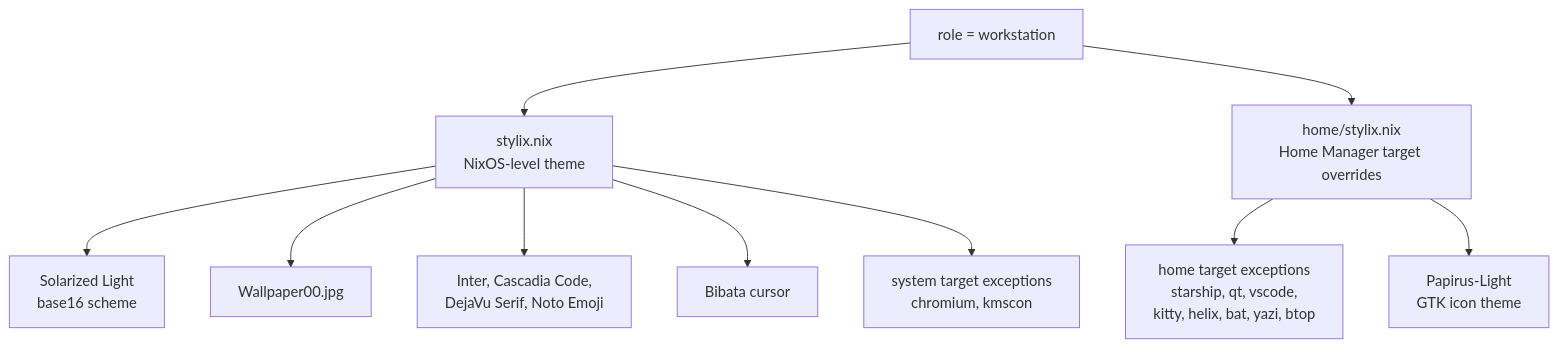
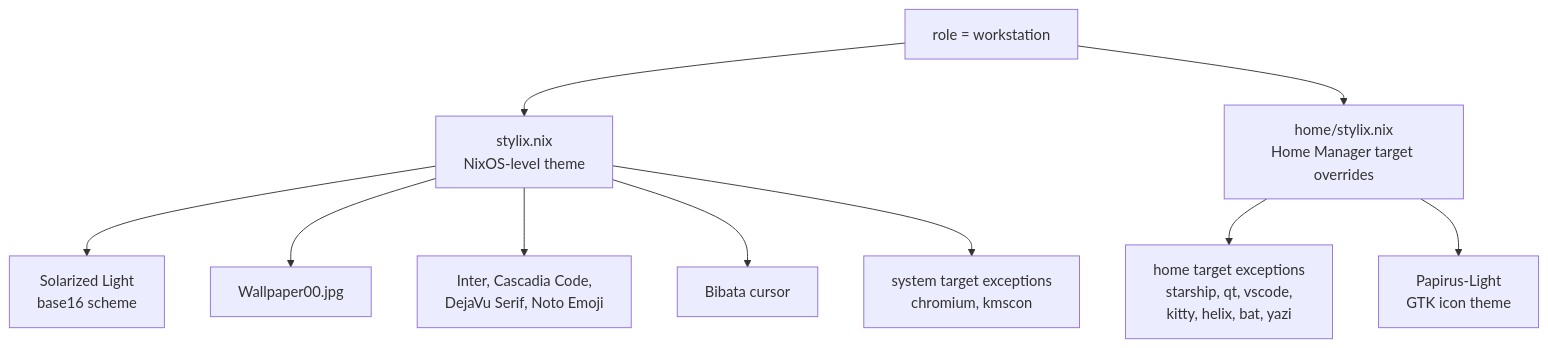
The seventh of 8 diagrams in docs/workstation-configuration-route.md (axler8r/nixotic), drawn with Mermaid before and after one commit. The commit also changed other lines of this file and 3 other files, not shown here.

````diff
--- a/docs/workstation-configuration-route.md
+++ b/docs/workstation-configuration-route.md
@@ -323,24 +323,24 @@
 ```mermaid
 flowchart TD
     WorkstationRole["role = workstation"]
     RootStylix["stylix.nix\nNixOS-level theme"]
     HomeStylix["home/stylix.nix\nHome Manager target overrides"]
 
     Scheme["Solarized Light\nbase16 scheme"]
     Wallpaper["Wallpaper00.jpg"]
     Fonts["Inter, Cascadia Code,\nDejaVu Serif, Noto Emoji"]
     Cursor["Bibata cursor"]
     DisabledSystemTargets["system target exceptions\nchromium, kmscon"]
-    DisabledHomeTargets["home target exceptions\nstarship, qt, vscode,\nkitty, helix, bat, yazi, btop"]
+    DisabledHomeTargets["home target exceptions\nstarship, qt, vscode,\nkitty, helix, bat, yazi"]
     Icons["Papirus-Light\nGTK icon theme"]
 
     WorkstationRole --> RootStylix
     WorkstationRole --> HomeStylix
     RootStylix --> Scheme
     RootStylix --> Wallpaper
     RootStylix --> Fonts
     RootStylix --> Cursor
     RootStylix --> DisabledSystemTargets
     HomeStylix --> DisabledHomeTargets
     HomeStylix --> Icons
 ```
````
